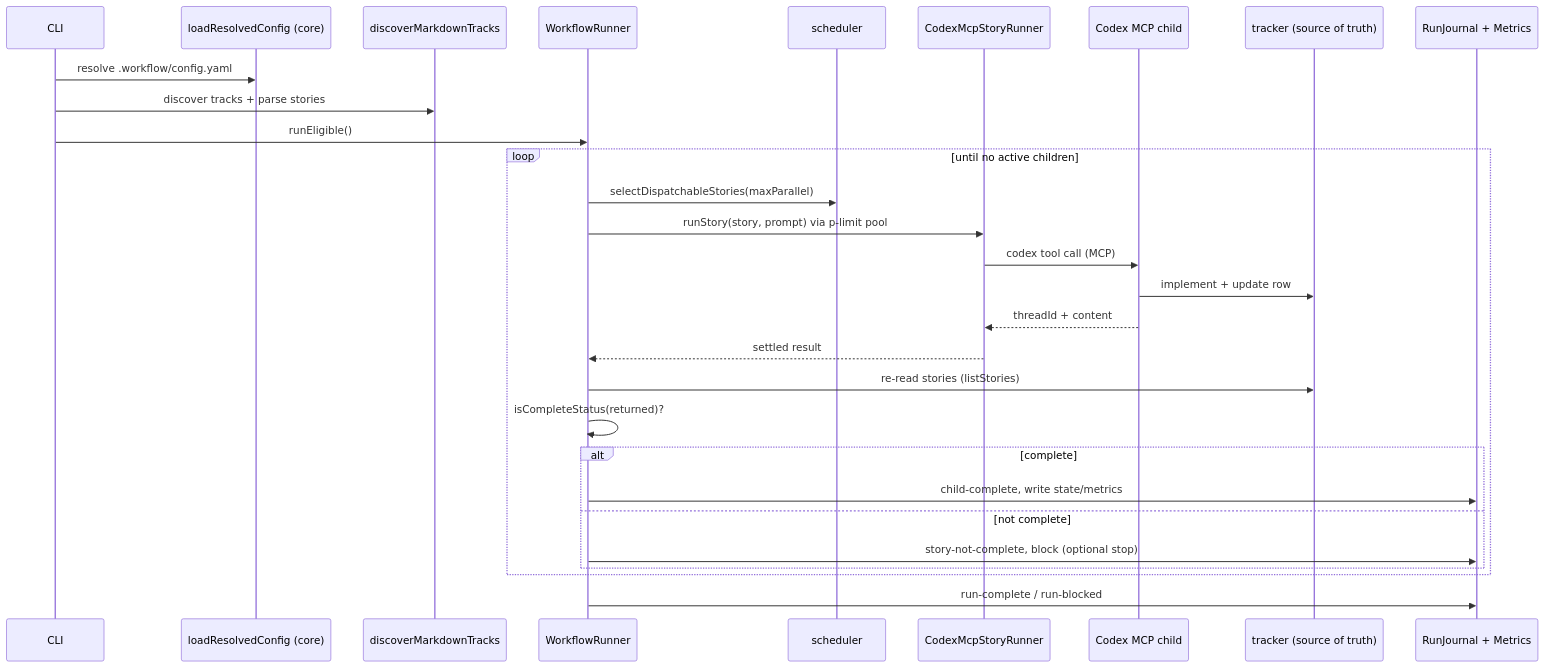
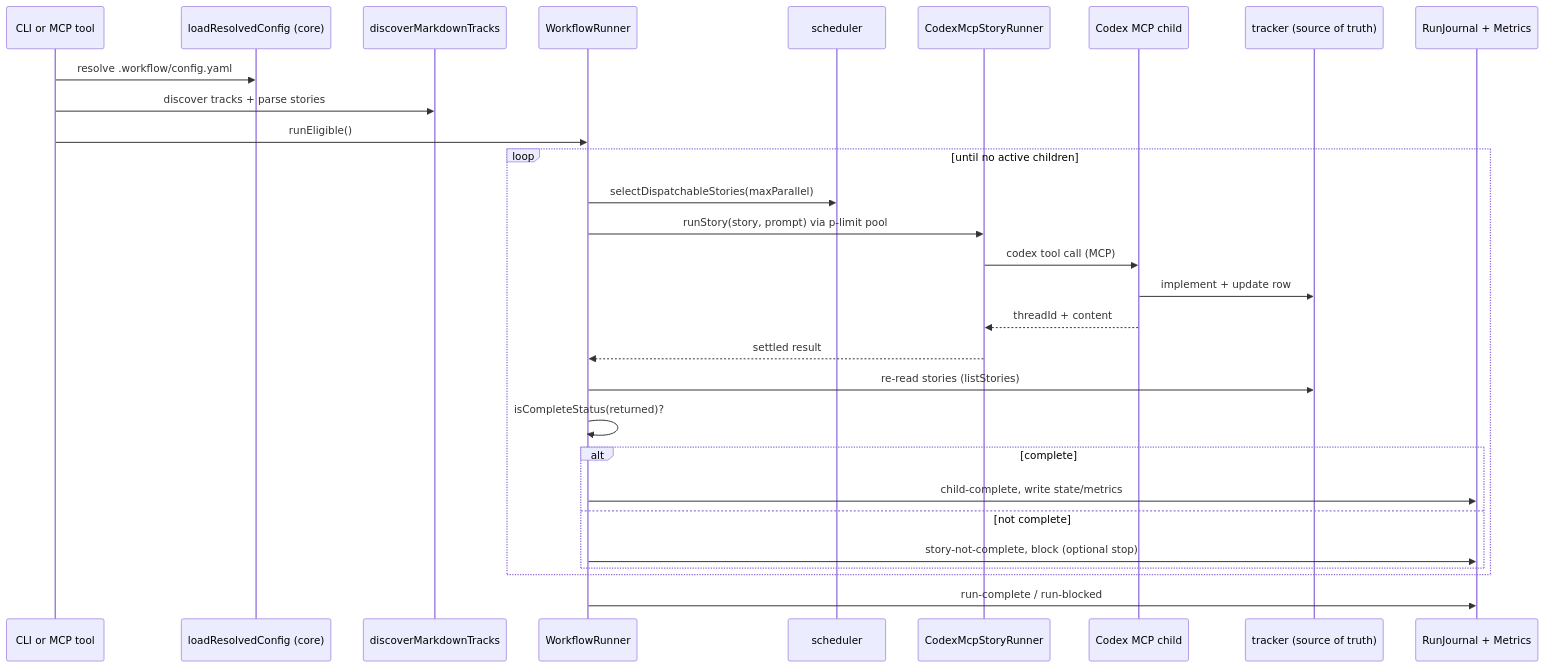
One commit to aryeko/agentic-workflow-kit changed the fourth of 4 diagrams in docs/architecture.md. Above: the diagram before and after it, drawn with Mermaid. The commit also changed other lines of this file and 40 other files, not shown here.

````diff
--- a/docs/architecture.md
+++ b/docs/architecture.md
@@ -164,32 +194,32 @@
 ```mermaid
 sequenceDiagram
-  participant CLI
+  participant Entry as CLI or MCP tool
   participant Cfg as loadResolvedConfig (core)
   participant Disc as discoverMarkdownTracks
   participant Run as WorkflowRunner
   participant Sched as scheduler
   participant Drv as CodexMcpStoryRunner
   participant Child as Codex MCP child
   participant Trk as tracker (source of truth)
   participant J as RunJournal + Metrics
 
-  CLI->>Cfg: resolve .workflow/config.yaml
-  CLI->>Disc: discover tracks + parse stories
-  CLI->>Run: runEligible()
+  Entry->>Cfg: resolve .workflow/config.yaml
+  Entry->>Disc: discover tracks + parse stories
+  Entry->>Run: runEligible()
   loop until no active children
     Run->>Sched: selectDispatchableStories(maxParallel)
     Run->>Drv: runStory(story, prompt) via p-limit pool
     Drv->>Child: codex tool call (MCP)
     Child->>Trk: implement + update row
     Child-->>Drv: threadId + content
     Drv-->>Run: settled result
     Run->>Trk: re-read stories (listStories)
     Run->>Run: isCompleteStatus(returned)?
     alt complete
       Run->>J: child-complete, write state/metrics
     else not complete
       Run->>J: story-not-complete, block (optional stop)
     end
   end
   Run->>J: run-complete / run-blocked
 ```
````
